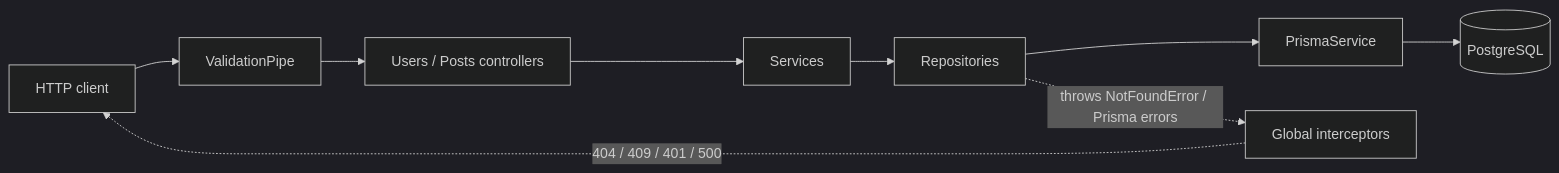
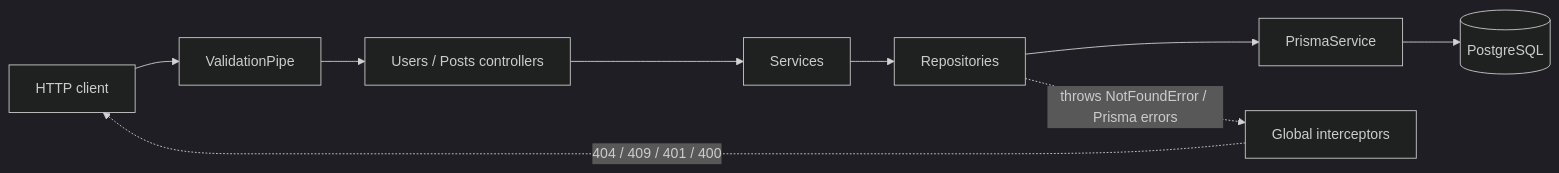
The first of 2 diagrams in README.md (PeSzpak/my-first-prisma), drawn with Mermaid (dark theme) before and after one commit. The commit also changed other lines of this file, not shown here.

````diff
--- a/README.md
+++ b/README.md
@@ -17,11 +17,11 @@
 ```mermaid
 flowchart LR
   C[HTTP client] --> V[ValidationPipe]
   V --> CT[Users / Posts controllers]
   CT --> S[Services]
   S --> R[Repositories]
   R --> P[PrismaService]
   P --> DB[(PostgreSQL)]
   R -. throws NotFoundError / Prisma errors .-> I[Global interceptors]
-  I -. 404 / 409 / 401 / 500 .-> C
+  I -. 404 / 409 / 401 / 400 .-> C
 ```
````
